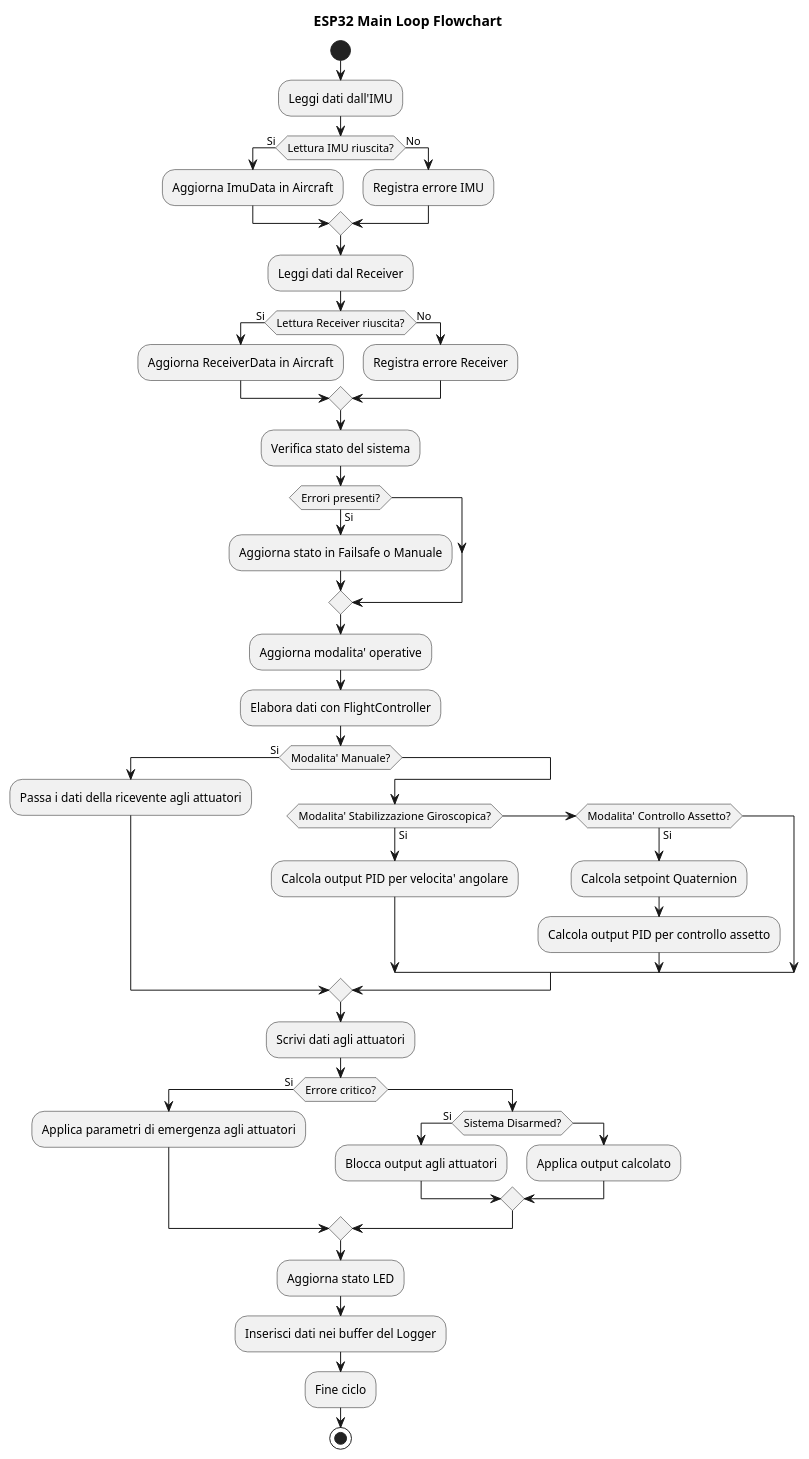
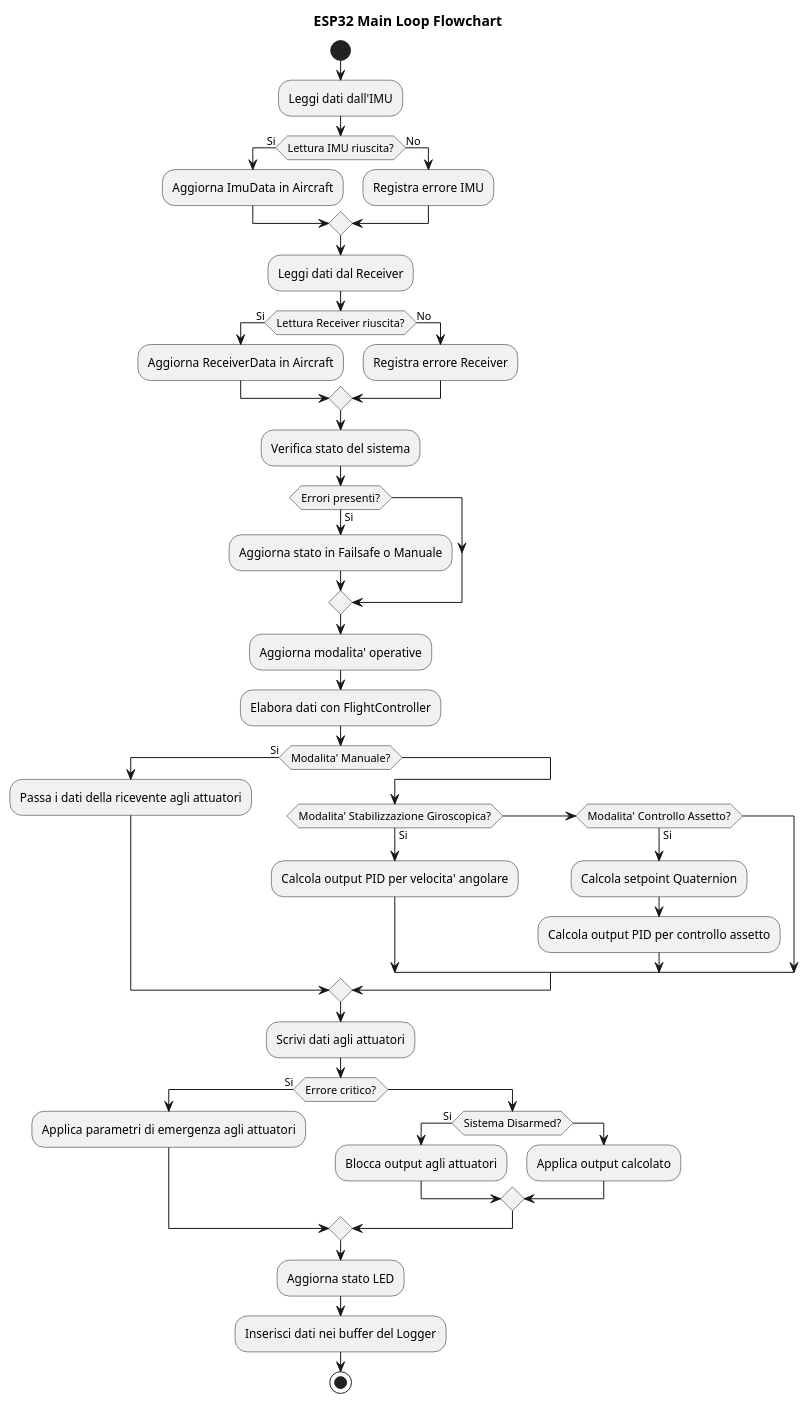
The diagram in docs/Diagrams/esp32_loop_flowchart.puml (ZeroEra99/ESP32_FlightController), drawn with PlantUML before and after one commit. The commit also changed 3 other files, not shown here.

First line of the commit message:
update docs/Diagrams

```diff
--- a/docs/Diagrams/esp32_loop_flowchart.puml
+++ b/docs/Diagrams/esp32_loop_flowchart.puml
@@ -1,57 +1,55 @@
 @startuml esp32_loop_flowchart
 
 title ESP32 Main Loop Flowchart
 
 start
 :Leggi dati dall'IMU;
 if (Lettura IMU riuscita?) then (Si)
   :Aggiorna ImuData in Aircraft;
 else (No)
   :Registra errore IMU;
 endif
 
 :Leggi dati dal Receiver;
 if (Lettura Receiver riuscita?) then (Si)
   :Aggiorna ReceiverData in Aircraft;
 else (No)
   :Registra errore Receiver;
 endif
 
 :Verifica stato del sistema;
 if (Errori presenti?) then (Si)
   :Aggiorna stato in Failsafe o Manuale;
 endif
 
 :Aggiorna modalita' operative;
 :Elabora dati con FlightController;
 if (Modalita' Manuale?) then (Si)
   :Passa i dati della ricevente agli attuatori;
 else
   if (Modalita' Stabilizzazione Giroscopica?) then (Si)
     :Calcola output PID per velocita' angolare;
   else if (Modalita' Controllo Assetto?) then (Si)
     :Calcola setpoint Quaternion;
     :Calcola output PID per controllo assetto;
   endif
 endif
 
 :Scrivi dati agli attuatori;
 if (Errore critico?) then (Si)
   :Applica parametri di emergenza agli attuatori;
 else
   if (Sistema Disarmed?) then (Si)
     :Blocca output agli attuatori;
   else
     :Applica output calcolato;
   endif
 endif
 
 :Aggiorna stato LED;
 
 :Inserisci dati nei buffer del Logger;
 
-:Fine ciclo;
-
 stop
 
 @enduml
```
